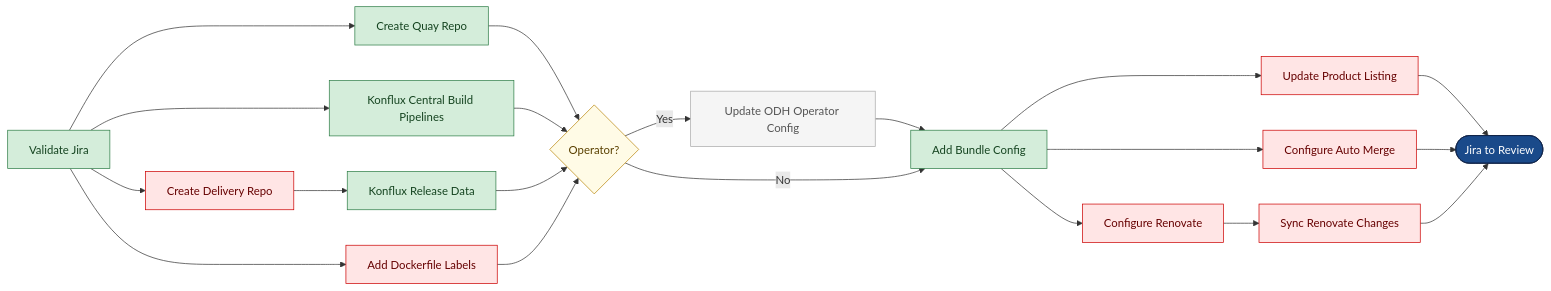
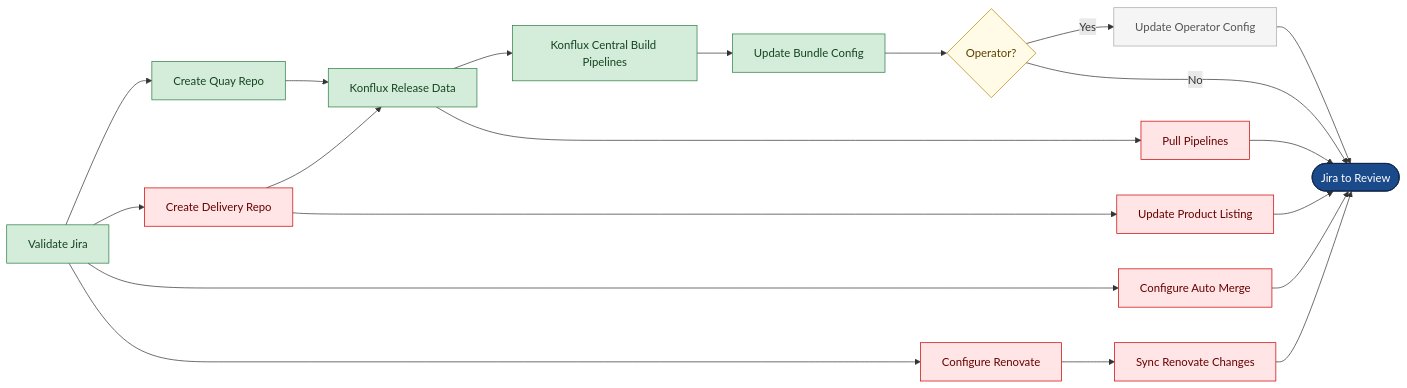
One commit to jstetina/aiops-infra changed the second of 3 diagrams in docs/rfds/odh-component-onboarding/flow-diagrams-lr.md. Above: the diagram before and after it, drawn with Mermaid. The commit also changed other lines of this file, not shown here.

Commit message:
updating workflow

````diff
--- a/docs/rfds/odh-component-onboarding/flow-diagrams-lr.md
+++ b/docs/rfds/odh-component-onboarding/flow-diagrams-lr.md
@@ -42,43 +40,41 @@
 ```mermaid
 flowchart LR
     classDef both    fill:#D4EDDA,stroke:#2D7D46,color:#154420
     classDef rhoai   fill:#FFE5E5,stroke:#CC0000,color:#660000
     classDef cond    fill:#F5F5F5,stroke:#AAAAAA,color:#555555
     classDef done    fill:#1A4A8A,stroke:#0d2045,color:#FFFFFF
     classDef decide  fill:#FFFBE6,stroke:#B8860B,color:#5a4000
 
     S1[Validate Jira]:::both
     S2[Create Quay Repo]:::both
     S3[Konflux Release Data]:::both
     S4[Konflux Central Build Pipelines]:::both
-    S5[Add Dockerfile Labels]:::rhoai
+    S5[Pull Pipelines]:::rhoai
+    S6[Update Bundle Config]:::both
     OP{Operator?}:::decide
-    S6[Update ODH Operator Config]:::cond
-    S7[Add Bundle Config]:::both
+    S7[Update Operator Config]:::cond
     S8[Create Delivery Repo]:::rhoai
     S9[Update Product Listing]:::rhoai
     S10[Configure Auto Merge]:::rhoai
     S11[Configure Renovate]:::rhoai
     S12[Sync Renovate Changes]:::rhoai
     DONE([Jira to Review]):::done
 
     S1 --> S2
     S1 --> S8
+    S1 --> S10
+    S1 --> S11
+    S2 --> S3
     S8 --> S3
-    S1 --> S4
-    S1 --> S5
-    S2 --> OP
-    S4 --> OP
-    S3 --> OP
-    S5 --> OP
-    OP -->|Yes| S6
-    S6 --> S7
-    OP -->|No| S7
-    S7 --> S9
-    S7 --> S10
-    S7 --> S11
+    S8 --> S9
+    S3 --> S4
+    S3 --> S5
+    S4 --> S6 --> OP
+    OP -->|Yes| S7 --> DONE
+    OP -->|No| DONE
     S11 --> S12
+    S5 --> DONE
     S9 --> DONE
     S10 --> DONE
     S12 --> DONE
 ```
````
